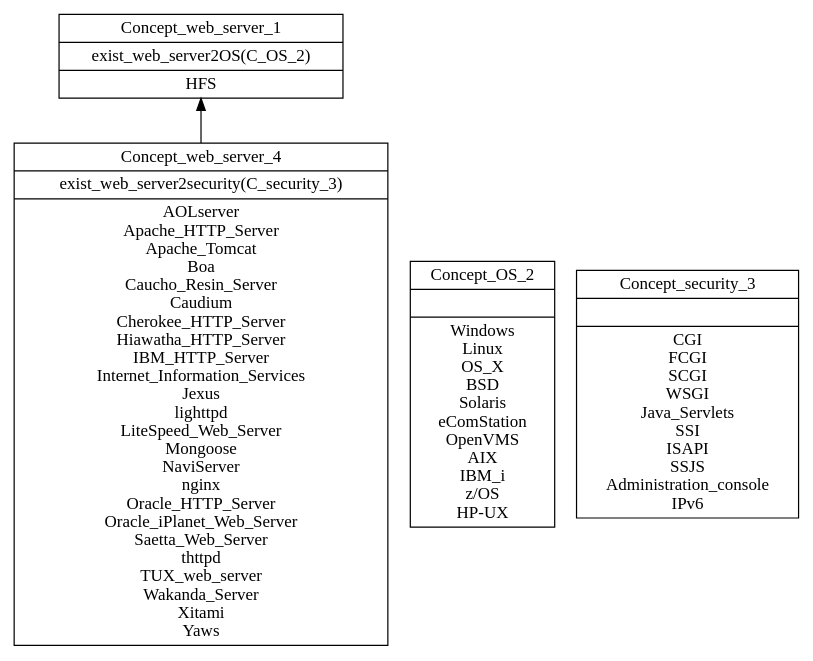
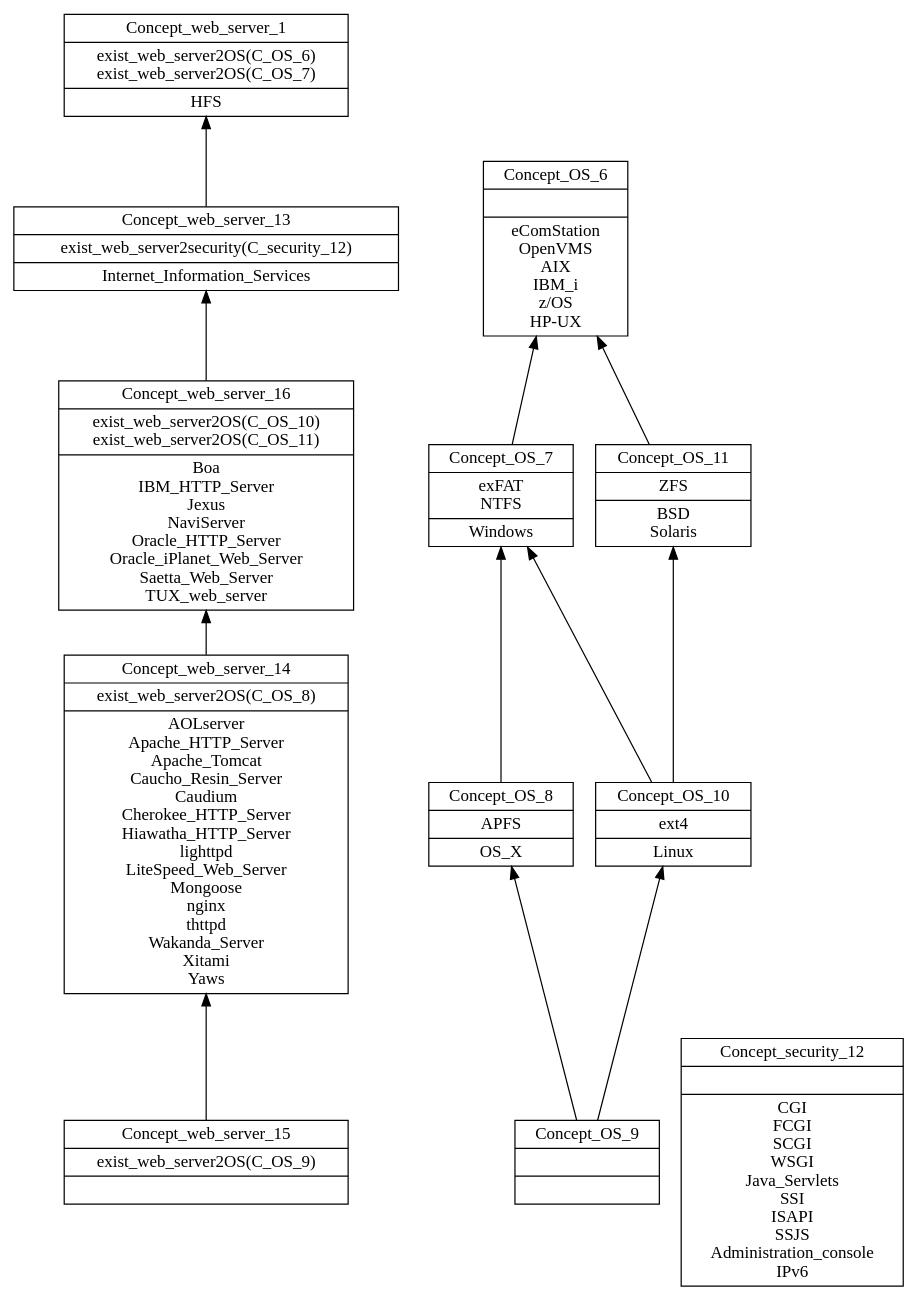
Before and after one commit to LoloLeMono/MasterGL_2: the diagram in IA /TP4/results/step2.dot, drawn with Graphviz. The commit also changed 12 other files, not shown here.

```diff
--- a/IA /TP4/results/step2.dot
+++ b/IA /TP4/results/step2.dot
@@ -1,17 +1,35 @@
 digraph G { 
 	rankdir=BT;
 subgraph web_server { 
 label="web_server";
-1 [shape=record,label="{Concept_web_server_1|exist_web_server2OS(C_OS_2)\n|HFS\n}"];
-4 [shape=record,label="{Concept_web_server_4|exist_web_server2security(C_security_3)\n|AOLserver\nApache_HTTP_Server\nApache_Tomcat\nBoa\nCaucho_Resin_Server\nCaudium\nCherokee_HTTP_Server\nHiawatha_HTTP_Server\nIBM_HTTP_Server\nInternet_Information_Services\nJexus\nlighttpd\nLiteSpeed_Web_Server\nMongoose\nNaviServer\nnginx\nOracle_HTTP_Server\nOracle_iPlanet_Web_Server\nSaetta_Web_Server\nthttpd\nTUX_web_server\nWakanda_Server\nXitami\nYaws\n}"];
-	4 -> 1
+1 [shape=record,label="{Concept_web_server_1|exist_web_server2OS(C_OS_6)\nexist_web_server2OS(C_OS_7)\n|HFS\n}"];
+13 [shape=record,label="{Concept_web_server_13|exist_web_server2security(C_security_12)\n|Internet_Information_Services\n}"];
+14 [shape=record,label="{Concept_web_server_14|exist_web_server2OS(C_OS_8)\n|AOLserver\nApache_HTTP_Server\nApache_Tomcat\nCaucho_Resin_Server\nCaudium\nCherokee_HTTP_Server\nHiawatha_HTTP_Server\nlighttpd\nLiteSpeed_Web_Server\nMongoose\nnginx\nthttpd\nWakanda_Server\nXitami\nYaws\n}"];
+15 [shape=record,label="{Concept_web_server_15|exist_web_server2OS(C_OS_9)\n|}"];
+16 [shape=record,label="{Concept_web_server_16|exist_web_server2OS(C_OS_10)\nexist_web_server2OS(C_OS_11)\n|Boa\nIBM_HTTP_Server\nJexus\nNaviServer\nOracle_HTTP_Server\nOracle_iPlanet_Web_Server\nSaetta_Web_Server\nTUX_web_server\n}"];
+	13 -> 1
+	16 -> 13
+	15 -> 14
+	14 -> 16
 }
 subgraph OS { 
 label="OS";
-2 [shape=record,label="{Concept_OS_2||Windows\nLinux\nOS_X\nBSD\nSolaris\neComStation\nOpenVMS\nAIX\nIBM_i\nz/OS\nHP-UX\n}"];
+6 [shape=record,label="{Concept_OS_6||eComStation\nOpenVMS\nAIX\nIBM_i\nz/OS\nHP-UX\n}"];
+7 [shape=record,label="{Concept_OS_7|exFAT\nNTFS\n|Windows\n}"];
+8 [shape=record,label="{Concept_OS_8|APFS\n|OS_X\n}"];
+9 [shape=record,label="{Concept_OS_9||}"];
+10 [shape=record,label="{Concept_OS_10|ext4\n|Linux\n}"];
+11 [shape=record,label="{Concept_OS_11|ZFS\n|BSD\nSolaris\n}"];
+	7 -> 6
+	11 -> 6
+	8 -> 7
+	10 -> 7
+	9 -> 8
+	9 -> 10
+	10 -> 11
 }
 subgraph security { 
 label="security";
-3 [shape=record,label="{Concept_security_3||CGI\nFCGI\nSCGI\nWSGI\nJava_Servlets\nSSI\nISAPI\nSSJS\nAdministration_console\nIPv6\n}"];
+12 [shape=record,label="{Concept_security_12||CGI\nFCGI\nSCGI\nWSGI\nJava_Servlets\nSSI\nISAPI\nSSJS\nAdministration_console\nIPv6\n}"];
 }
 }
```
